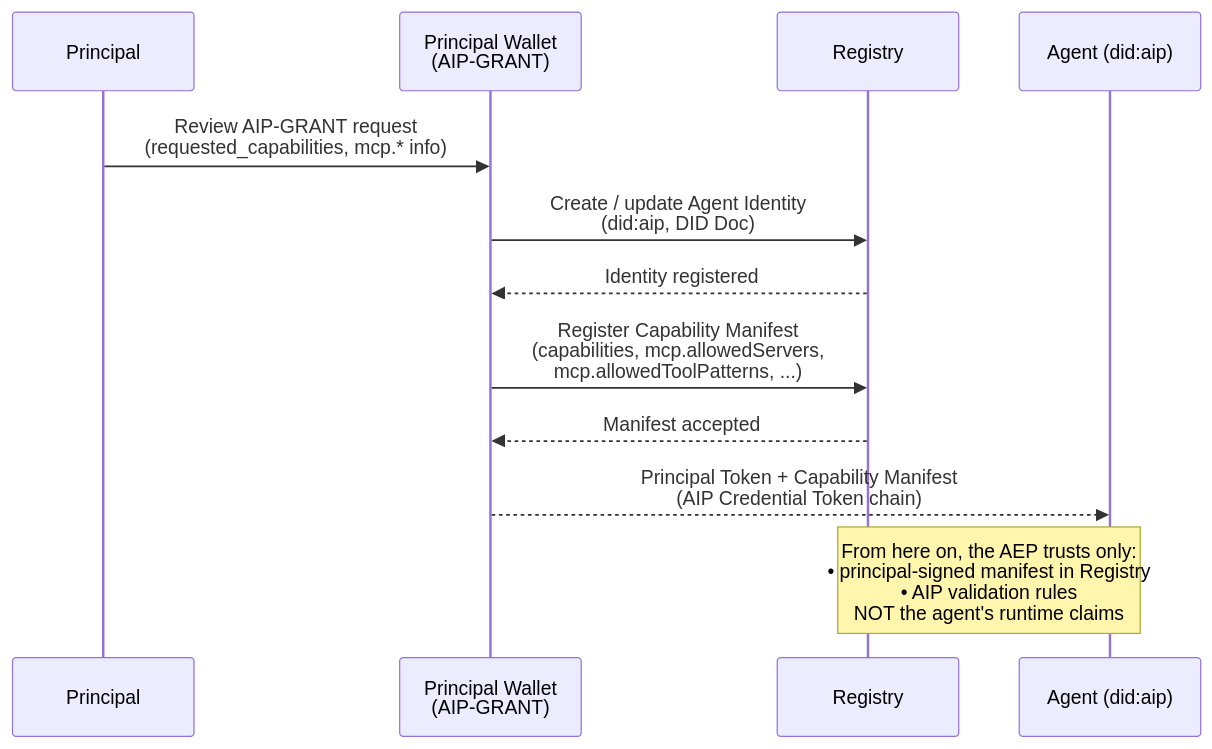
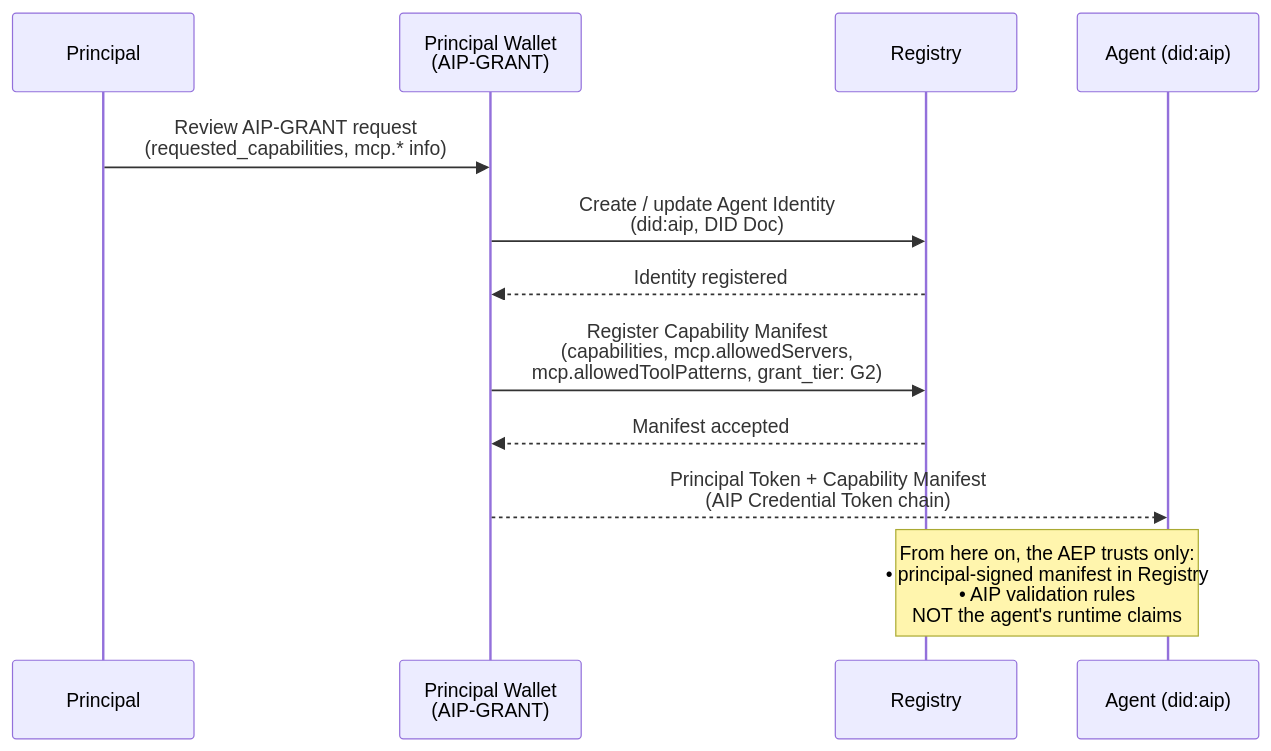
Before and after one commit to provai-dev/aip-spec: the fourth of 6 diagrams in README.md, drawn with Mermaid. The commit also changed other lines of this file and 1 other file, not shown here.

````diff
--- a/README.md
+++ b/README.md
@@ -227,16 +227,16 @@
 ```mermaid
 sequenceDiagram
     participant P as Principal
     participant W as Principal Wallet<br/>(AIP-GRANT)
     participant R as Registry
     participant A as Agent (did:aip)
 
     P->>W: Review AIP-GRANT request<br/>(requested_capabilities, mcp.* info)
     W->>R: Create / update Agent Identity<br/>(did:aip, DID Doc)
     R-->>W: Identity registered
-    W->>R: Register Capability Manifest<br/>(capabilities, mcp.allowedServers,<br/>mcp.allowedToolPatterns, ...)
+    W->>R: Register Capability Manifest<br/>(capabilities, mcp.allowedServers,<br/>mcp.allowedToolPatterns, grant_tier: G2)
     R-->>W: Manifest accepted
     W-->>A: Principal Token + Capability Manifest<br/>(AIP Credential Token chain)
 
     note over A,R: From here on, the AEP trusts only:<br/>• principal-signed manifest in Registry<br/>• AIP validation rules<br/>NOT the agent's runtime claims
 ```
````
